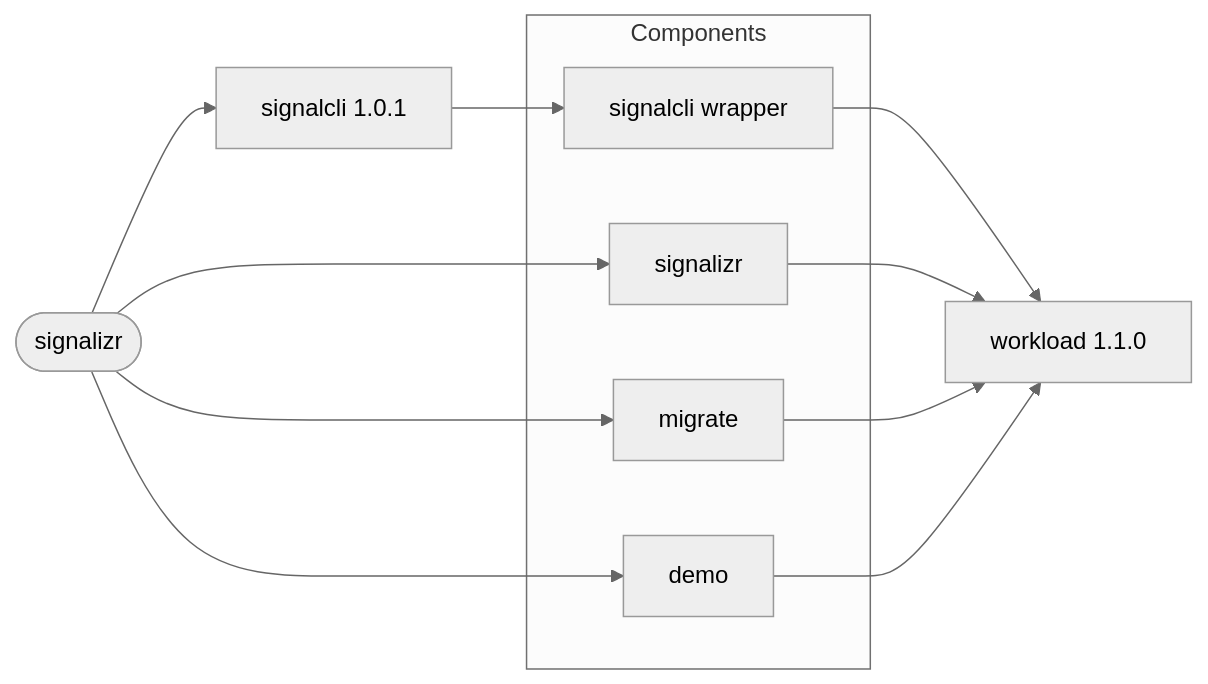
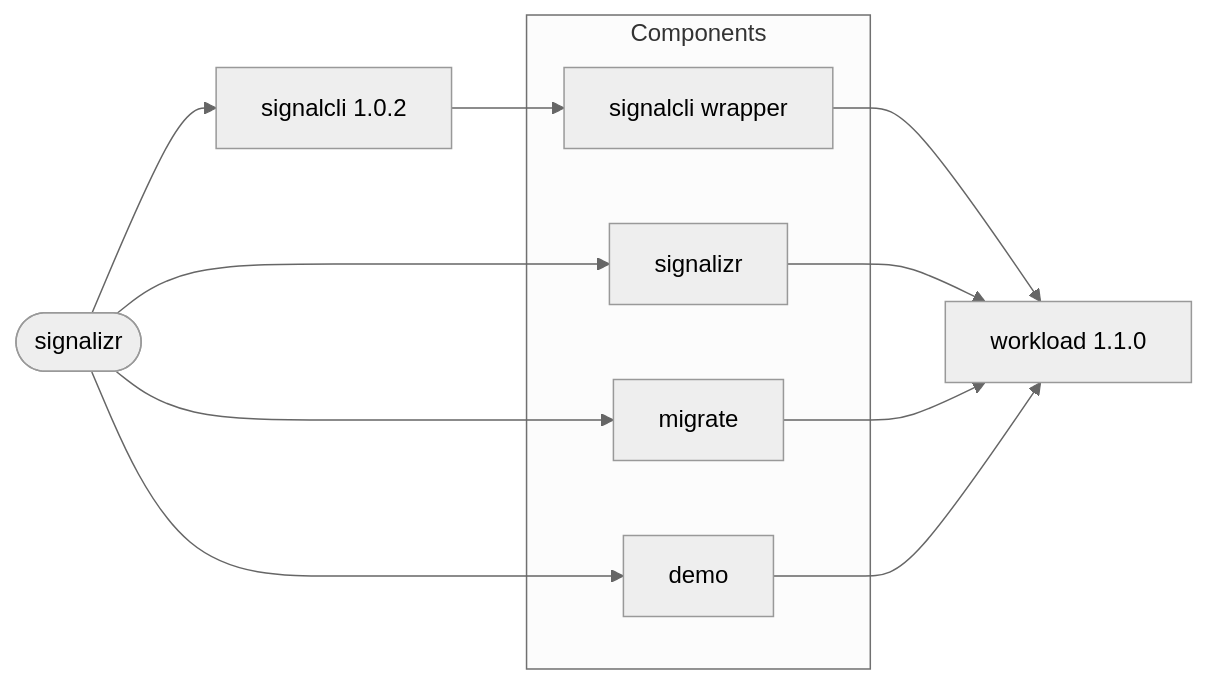
One commit to f2calv/signalizr changed the diagram in charts/signalizr/README.md. Above: the diagram before and after it, drawn with Mermaid (neutral theme). The commit also changed 2 other files, not shown here.

Commit message:
build: update signalcli chart dependency and source metadata

````diff
--- a/charts/signalizr/README.md
+++ b/charts/signalizr/README.md
@@ -16,17 +16,17 @@
 ```mermaid
 graph LR
   SignalizrChart([signalizr])
-  SignalCliChart[signalcli 1.0.1]
+  SignalCliChart[signalcli 1.0.2]
   Workload[workload 1.1.0]
 
   subgraph Components[Components]
     SignalCli[signalcli wrapper]
     Gateway[signalizr]
     Migrator[migrate]
     Demo[demo]
   end
 
   SignalizrChart --> SignalCliChart & Gateway & Migrator & Demo
   SignalCliChart --> SignalCli
   SignalCli & Gateway & Migrator & Demo --> Workload
 ```
````
